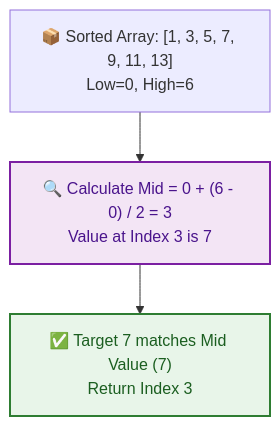
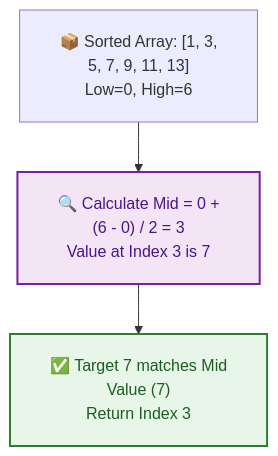
One commit to dip4k/DSA_102 changed the fifth of 5 diagrams in week_02_foundations_ii_linear_data_structures/Week_02_Visual_Concepts_Playbook_HYBRID.md. Above: the diagram before and after it, drawn with Mermaid. The commit also changed other lines of this file and 108 other files, not shown here.

First line of the commit message:
fix(mermaid): resolve diagram clipping, padding, and syntax issues across repo

````diff
--- a/week_02_foundations_ii_linear_data_structures/Week_02_Visual_Concepts_Playbook_HYBRID.md
+++ b/week_02_foundations_ii_linear_data_structures/Week_02_Visual_Concepts_Playbook_HYBRID.md
@@ -356,11 +360,12 @@
 ```mermaid
+%%{init: {"flowchart": {"htmlLabels": true, "padding": 20}}}%%
 flowchart TD
     classDef check fill:#f3e5f5,stroke:#7b1fa2,stroke-width:2px,color:#4a148c
     classDef match fill:#e8f5e9,stroke:#2e7d32,stroke-width:2px,color:#1b5e20
 
-    Array["📦 Sorted Array: [1, 3, 5, 7, 9, 11, 13]<br/>Low=0, High=6"]
-    Probe["🔍 Calculate Mid = 0 + (6 - 0) / 2 = 3<br/>Value at Index 3 is 7"]:::check
-    Match["✅ Target 7 matches Mid Value (7)<br/>Return Index 3"]:::match
+    Array["📦 Sorted Array: [1, 3,<br/>5, 7, 9, 11, 13]<br/>Low=0, High=6"]
+    Probe["🔍 Calculate Mid = 0 +<br/>(6 - 0) / 2 = 3<br/>Value at Index 3 is 7"]:::check
+    Match["✅ Target 7 matches Mid<br/>Value (7)<br/>Return Index 3"]:::match
 
     Array --> Probe --> Match
 ```
````
